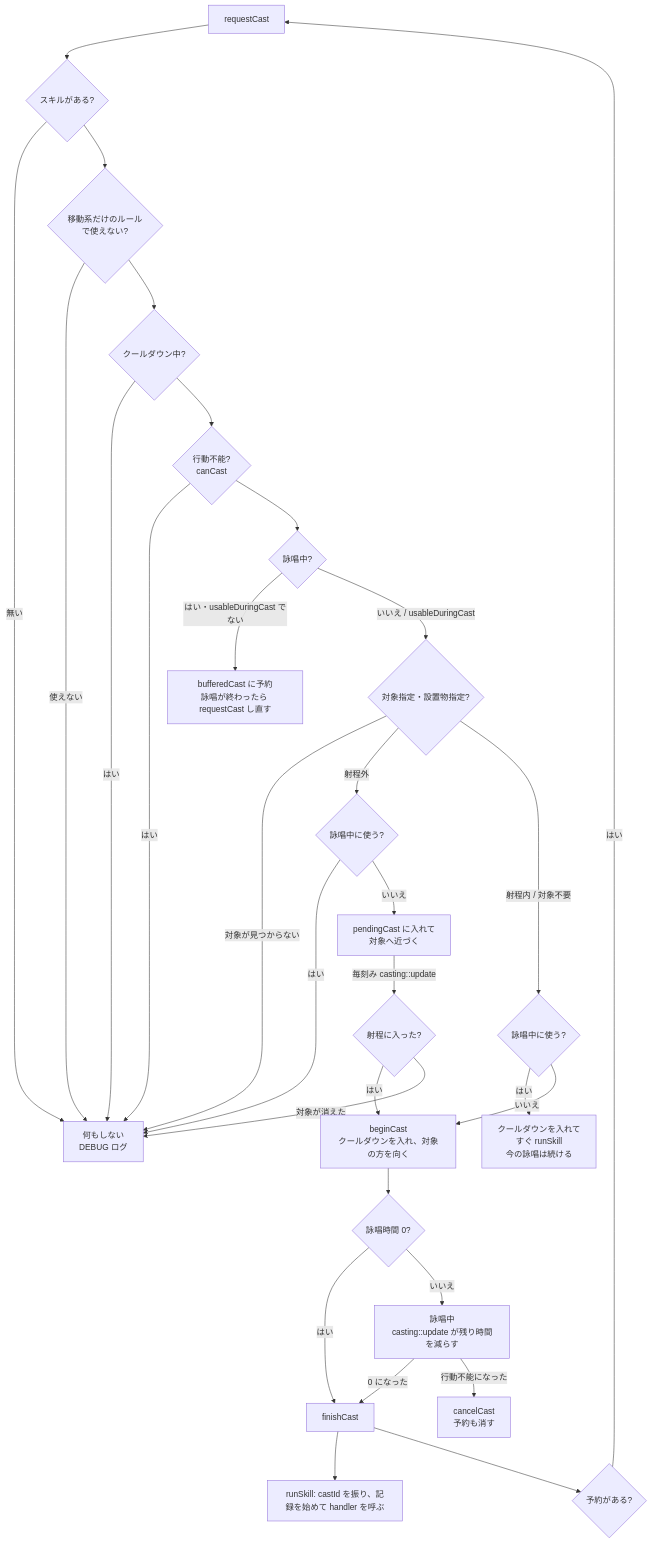
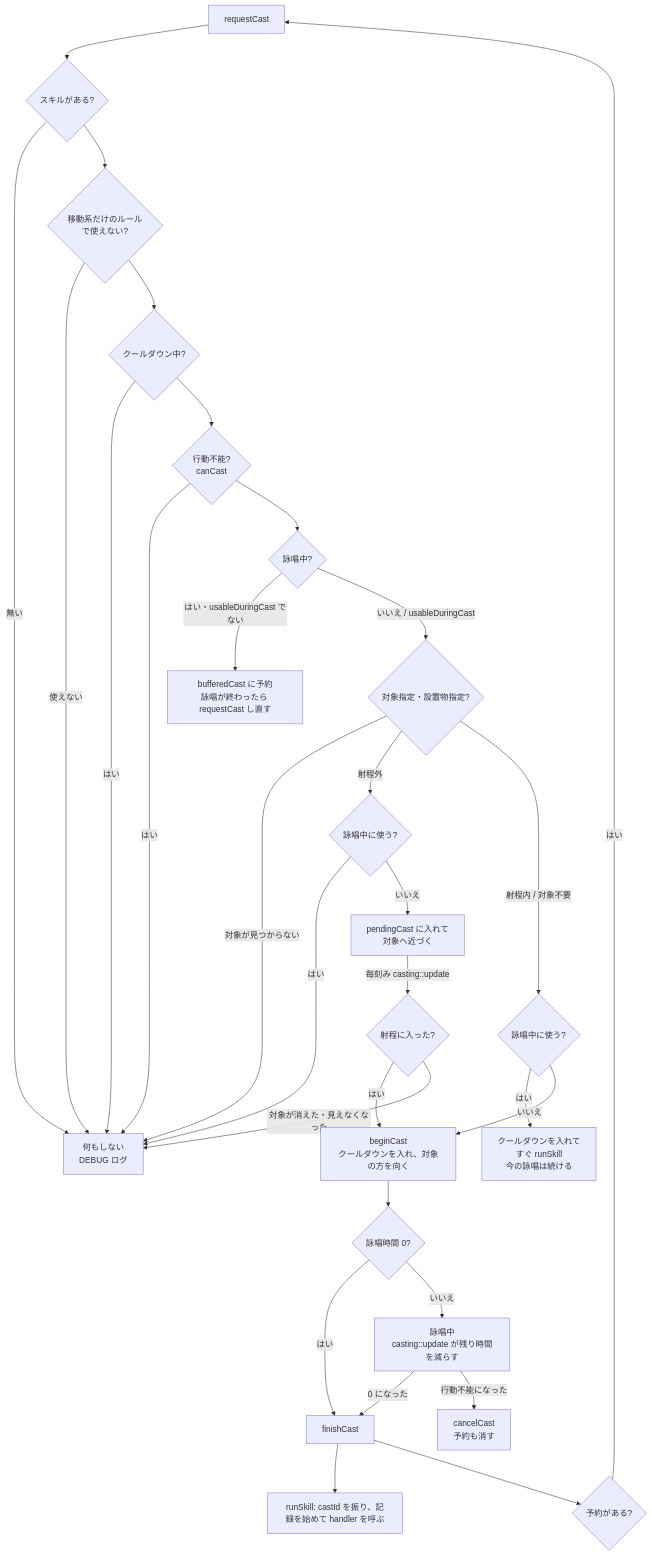
The diagram in docs/design/15-game-skills.md (Sortorow/moba-trainer), drawn with Mermaid before and after one commit. The commit also changed other lines of this file and 61 other files, not shown here.

````diff
--- a/docs/design/15-game-skills.md
+++ b/docs/design/15-game-skills.md
@@ -62,32 +62,32 @@
 ```mermaid
 flowchart TD
     A[requestCast] --> B{スキルがある?}
     B -->|無い| X[何もしない<br/>DEBUG ログ]
     B --> C{移動系だけのルール<br/>で使えない?}
     C -->|使えない| X
     C --> D{クールダウン中?}
     D -->|はい| X
     D --> E{行動不能?<br/>canCast}
     E -->|はい| X
     E --> F{詠唱中?}
     F -->|はい・usableDuringCast でない| G[bufferedCast に予約<br/>詠唱が終わったら requestCast し直す]
     F -->|いいえ / usableDuringCast| H{対象指定・設置物指定?}
     H -->|対象が見つからない| X
     H -->|射程外| I{詠唱中に使う?}
     I -->|はい| X
     I -->|いいえ| J[pendingCast に入れて<br/>対象へ近づく]
     H -->|射程内 / 対象不要| K{詠唱中に使う?}
     K -->|はい| L[クールダウンを入れて<br/>すぐ runSkill<br/>今の詠唱は続ける]
     K -->|いいえ| M[beginCast<br/>クールダウンを入れ、対象の方を向く]
     M --> N{詠唱時間 0?}
     N -->|はい| O[finishCast]
     N -->|いいえ| P[詠唱中<br/>casting::update が残り時間を減らす]
     P -->|0 になった| O
     P -->|行動不能になった| Q[cancelCast<br/>予約も消す]
     O --> R[runSkill: castId を振り、記録を始めて handler を呼ぶ]
     O --> S{予約がある?}
     S -->|はい| A
     J -->|毎刻み casting::update| T{射程に入った?}
     T -->|はい| M
-    T -->|対象が消えた| X
+    T -->|対象が消えた・見えなくなった| X
 ```
````
